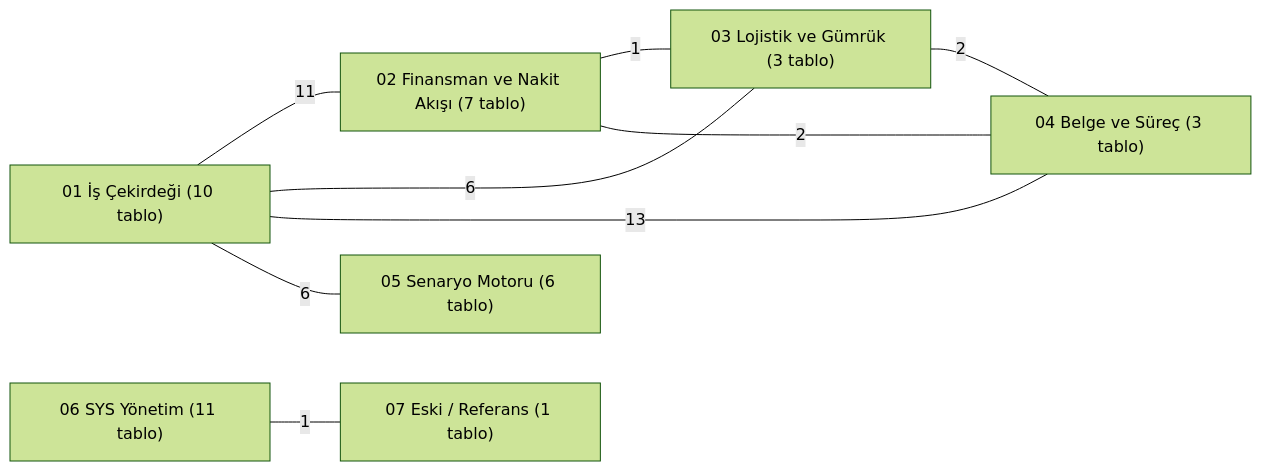
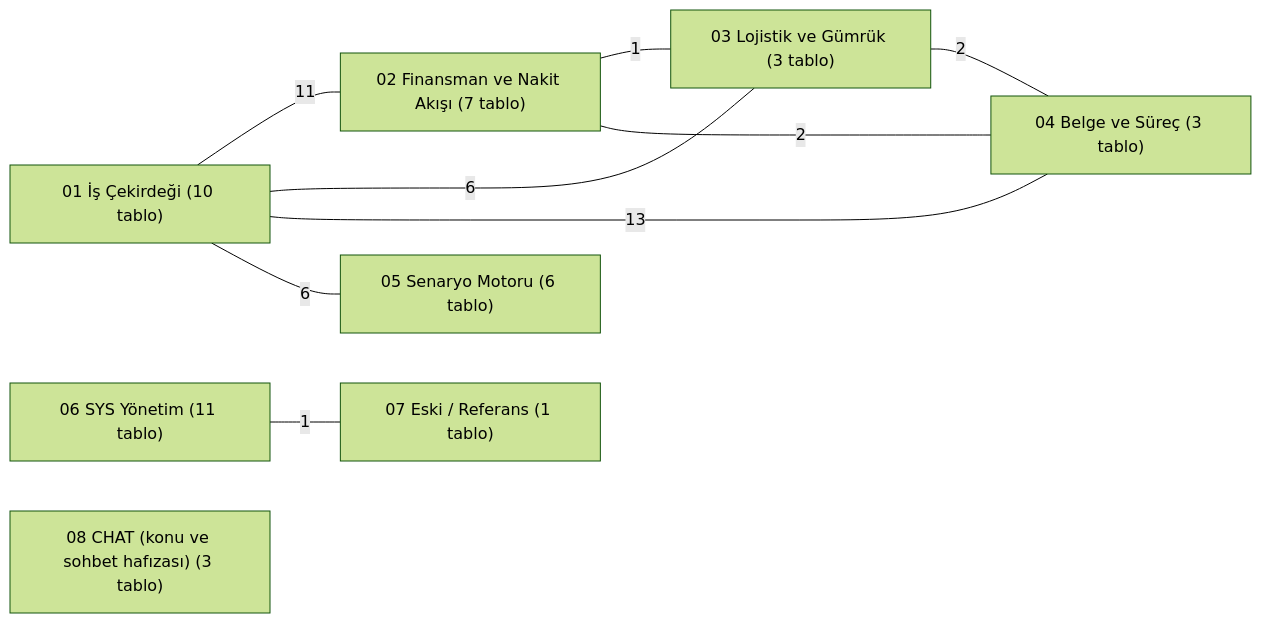
The first of 4 diagrams in 02_DATABASE_SCHEMA/RELATION_MAP.md (ahm345/CIN-EXIM-SYSTEM), drawn with Mermaid (forest theme) before and after one commit. The commit also changed other lines of this file and 19 other files, not shown here.

First line of the commit message:
repo-v0.4.0: CHAT sistemi Git tarafı (şema 44 tablo, archive_chat, handover_check CHAT, protokol taslağı)

````diff
--- a/02_DATABASE_SCHEMA/RELATION_MAP.md
+++ b/02_DATABASE_SCHEMA/RELATION_MAP.md
@@ -7,18 +7,19 @@
 ```mermaid
 flowchart LR
     G01["01 İş Çekirdeği (10 tablo)"]
     G02["02 Finansman ve Nakit Akışı (7 tablo)"]
     G03["03 Lojistik ve Gümrük (3 tablo)"]
     G04["04 Belge ve Süreç (3 tablo)"]
     G05["05 Senaryo Motoru (6 tablo)"]
     G06["06 SYS Yönetim (11 tablo)"]
     G07["07 Eski / Referans (1 tablo)"]
+    G08["08 CHAT (konu ve sohbet hafızası) (3 tablo)"]
     G01 ---|11| G02
     G01 ---|6| G03
     G01 ---|13| G04
     G01 ---|6| G05
     G02 ---|1| G03
     G02 ---|2| G04
     G03 ---|2| G04
     G06 ---|1| G07
 ```
````
